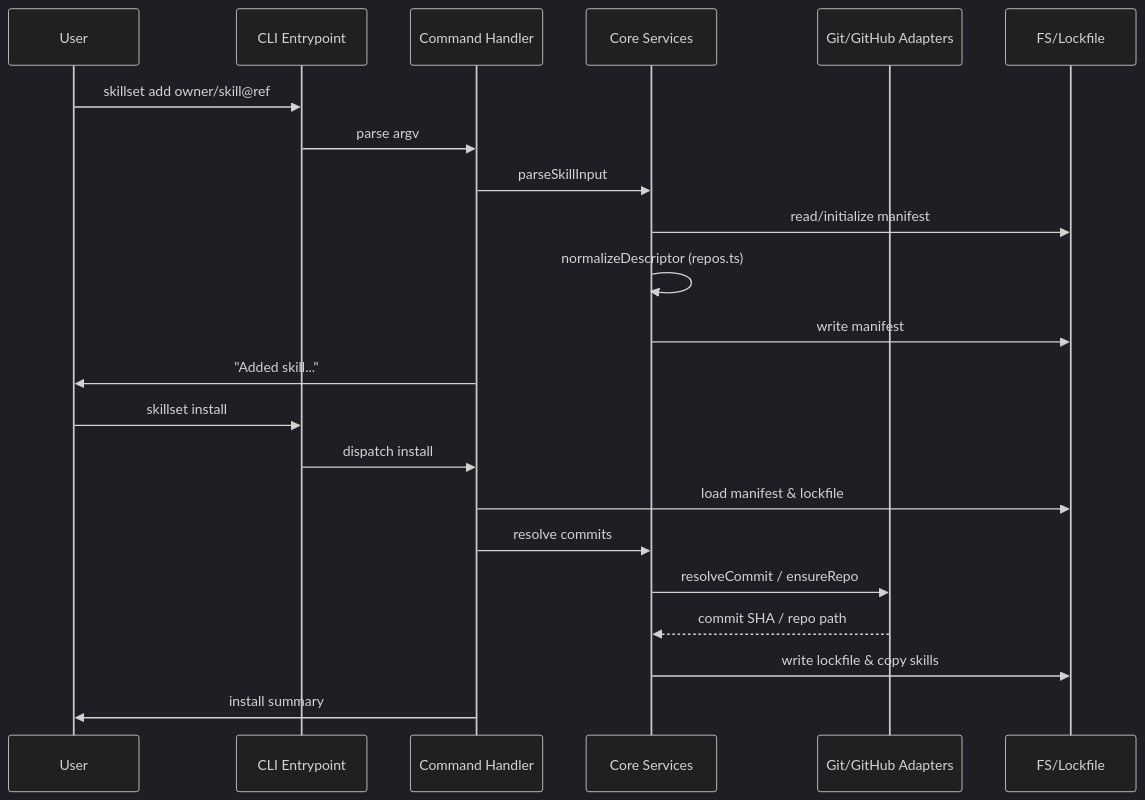
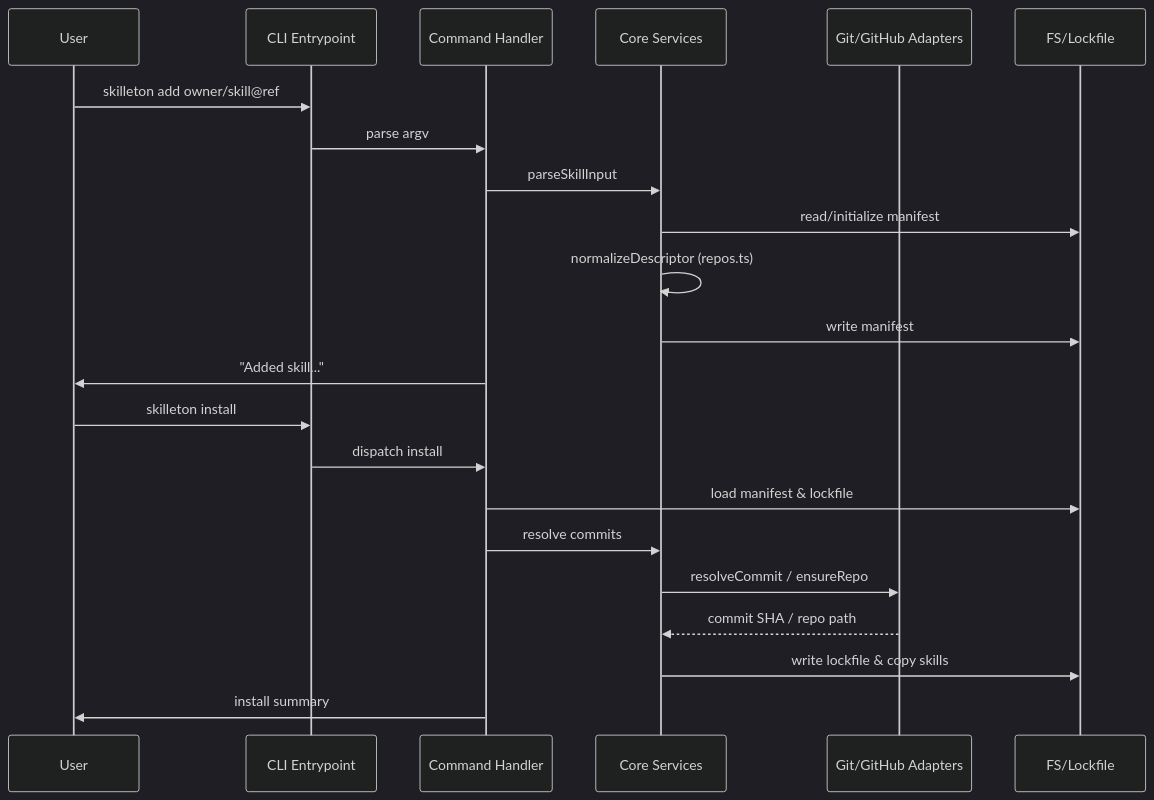
Before and after one commit to Fcmam5/skilleton: the second of 3 diagrams in docs/architecture.md, drawn with Mermaid (dark theme). The commit also changed other lines of this file and 34 other files, not shown here.

````diff
--- a/docs/architecture.md
+++ b/docs/architecture.md
@@ -36,25 +36,25 @@
 ```mermaid
 sequenceDiagram
   participant User
   participant CLI as CLI Entrypoint
   participant Cmd as Command Handler
   participant Core as Core Services
   participant Adapt as Git/GitHub Adapters
   participant FS as FS/Lockfile
 
-  User->>CLI: skillset add owner/skill@ref
+  User->>CLI: skilleton add owner/skill@ref
   CLI->>Cmd: parse argv
   Cmd->>Core: parseSkillInput
   Core->>FS: read/initialize manifest
   Core->>Core: normalizeDescriptor (repos.ts)
   Core->>FS: write manifest
   Cmd->>User: "Added skill..."
-  User->>CLI: skillset install
+  User->>CLI: skilleton install
   CLI->>Cmd: dispatch install
   Cmd->>FS: load manifest & lockfile
   Cmd->>Core: resolve commits
   Core->>Adapt: resolveCommit / ensureRepo
   Adapt-->>Core: commit SHA / repo path
   Core->>FS: write lockfile & copy skills
   Cmd->>User: install summary
 ```
````
